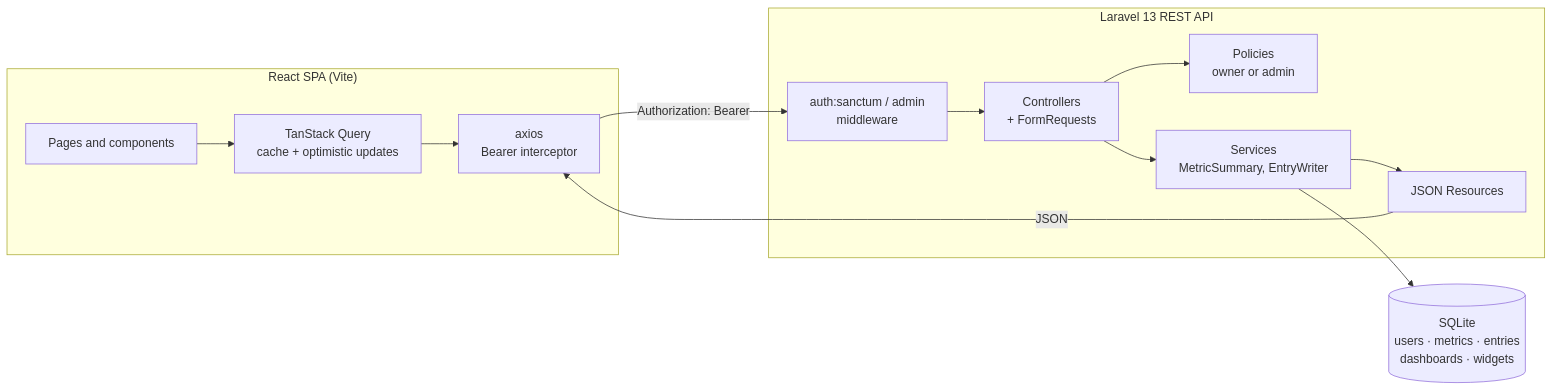
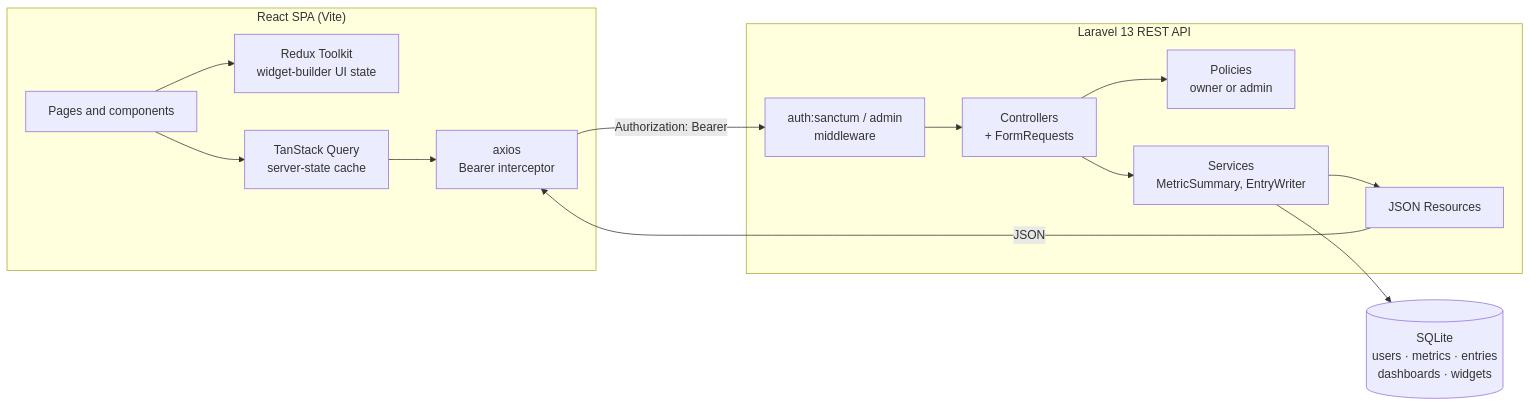
One commit to zakaria17amir/Tracky changed the first of 2 diagrams in README.md. Above: the diagram before and after it, drawn with Mermaid. The commit also changed other lines of this file and 14 other files, not shown here.

First line of the commit message:
feat: move widget builder state into a Redux Toolkit slice

````diff
--- a/README.md
+++ b/README.md
@@ -99,25 +99,27 @@
 ```mermaid
 flowchart LR
     subgraph Client["React SPA (Vite)"]
         UI["Pages and components"]
-        RQ["TanStack Query<br/>cache + optimistic updates"]
+        RX["Redux Toolkit<br/>widget-builder UI state"]
+        RQ["TanStack Query<br/>server-state cache"]
         AX["axios<br/>Bearer interceptor"]
+        UI --> RX
         UI --> RQ --> AX
     end
 
     subgraph API["Laravel 13 REST API"]
         MW["auth:sanctum / admin<br/>middleware"]
         CT["Controllers<br/>+ FormRequests"]
         PO["Policies<br/>owner or admin"]
         SV["Services<br/>MetricSummary, EntryWriter"]
         RS["JSON Resources"]
         MW --> CT --> PO
         CT --> SV --> RS
     end
 
     DB[("SQLite<br/>users · metrics · entries<br/>dashboards · widgets")]
 
     AX -- "Authorization: Bearer" --> MW
     RS -- "JSON" --> AX
     SV --> DB
 ```
````
